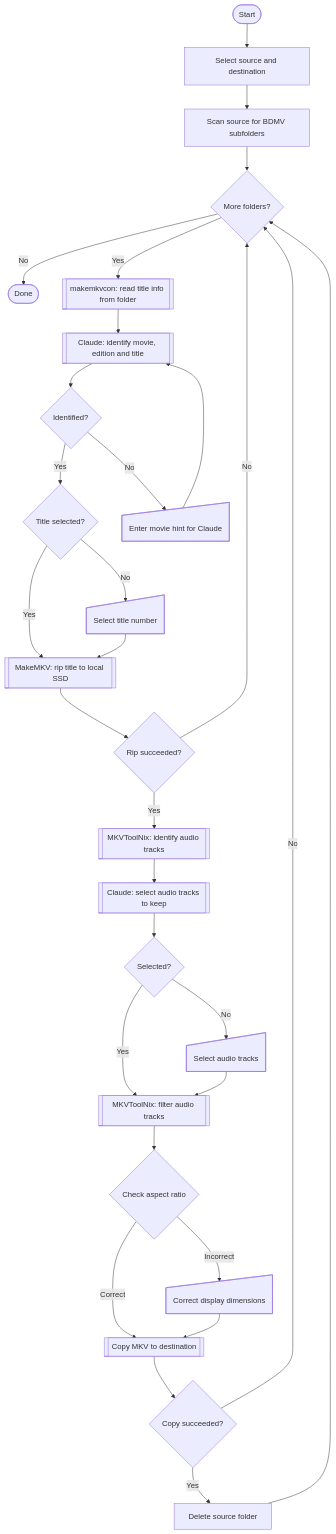
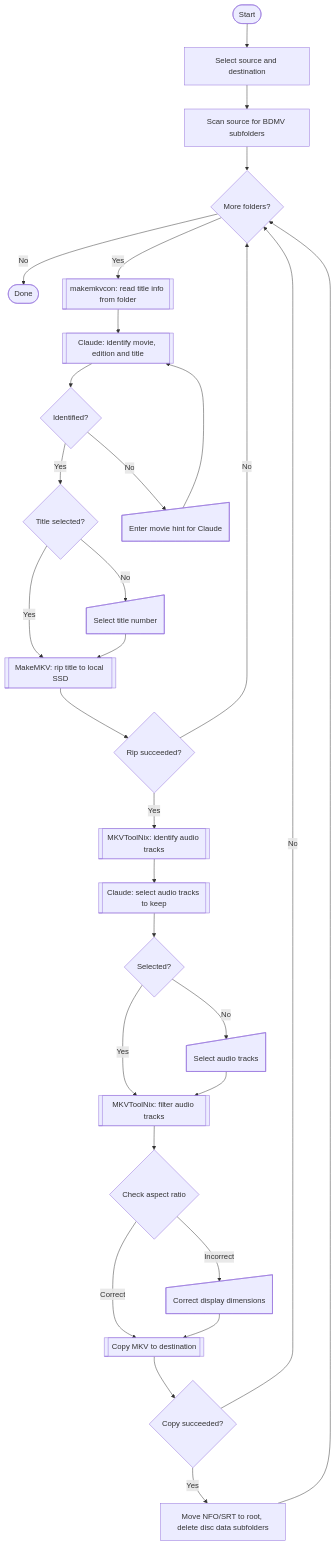
The second of 2 diagrams in README.md (MrLogic85/Make-MKV-auto-tip-using-Claude-API), drawn with Mermaid before and after one commit. The commit also changed other lines of this file, not shown here.

First line of the commit message:
docs: update README for folder script changes

````diff
--- a/README.md
+++ b/README.md
@@ -128,40 +128,40 @@
 ```mermaid
 flowchart TD
     A([Start]) --> B
     B[Select source and destination] --> C
     C[Scan source for BDMV subfolders] --> D
     D{More folders?}
     D -- No --> ZEnd
     D -- Yes --> F
     F@{ shape: subprocess, label: "makemkvcon: read title info from folder" } --> G
     G@{ shape: subprocess, label: "Claude: identify movie, edition and title" } --> G2
     G2{Identified?}
     G2 -- Yes --> G4
     G2 -- No --> G3
     G3@{ shape: sloped-rectangle, label: "Enter movie hint for Claude" } --> G
     G4{Title selected?}
     G4 -- Yes --> H
     G4 -- No --> G5
     G5@{ shape: sloped-rectangle, label: "Select title number" } --> H
     H@{ shape: subprocess, label: "MakeMKV: rip title to local SSD" } --> H2
     H2{Rip succeeded?}
     H2 -- Yes --> I
     H2 -- No --> D
     I@{ shape: subprocess, label: "MKVToolNix: identify audio tracks" } --> J
     J@{ shape: subprocess, label: "Claude: select audio tracks to keep" } --> J2
     J2{Selected?}
     J2 -- Yes --> K
     J2 -- No --> J3
     J3@{ shape: sloped-rectangle, label: "Select audio tracks" } --> K
     K@{ shape: subprocess, label: "MKVToolNix: filter audio tracks" } --> L
     L{Check aspect ratio}
     L -- Correct --> N
     L -- Incorrect --> M
     M@{ shape: sloped-rectangle, label: "Correct display dimensions" } --> N
     N@{ shape: subprocess, label: "Copy MKV to destination" } --> O
     O{Copy succeeded?}
     O -- Yes --> P
     O -- No --> D
-    P[Delete source folder] --> D
+    P[Move NFO/SRT to root, delete disc data subfolders] --> D
     ZEnd([Done])
 ```
````
